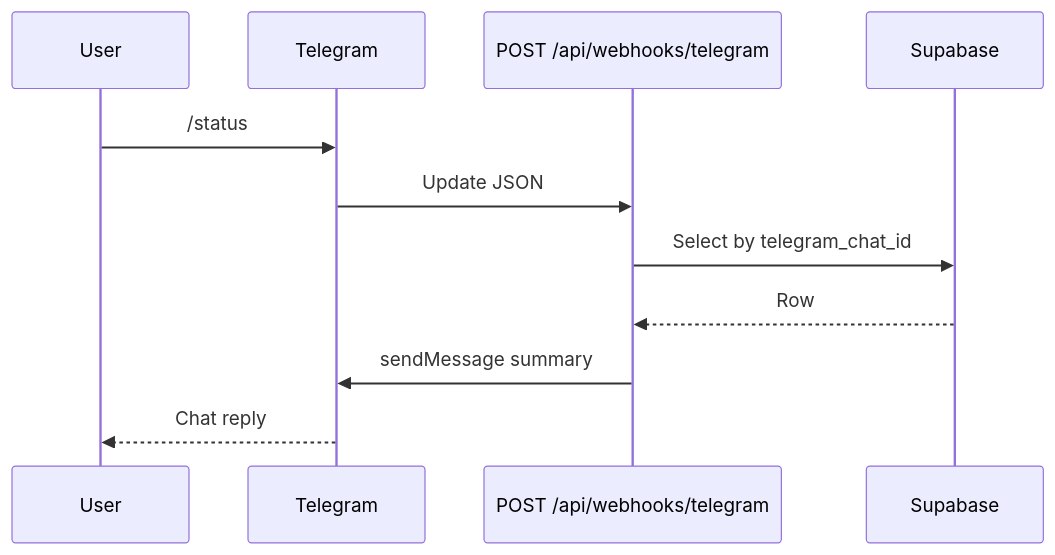
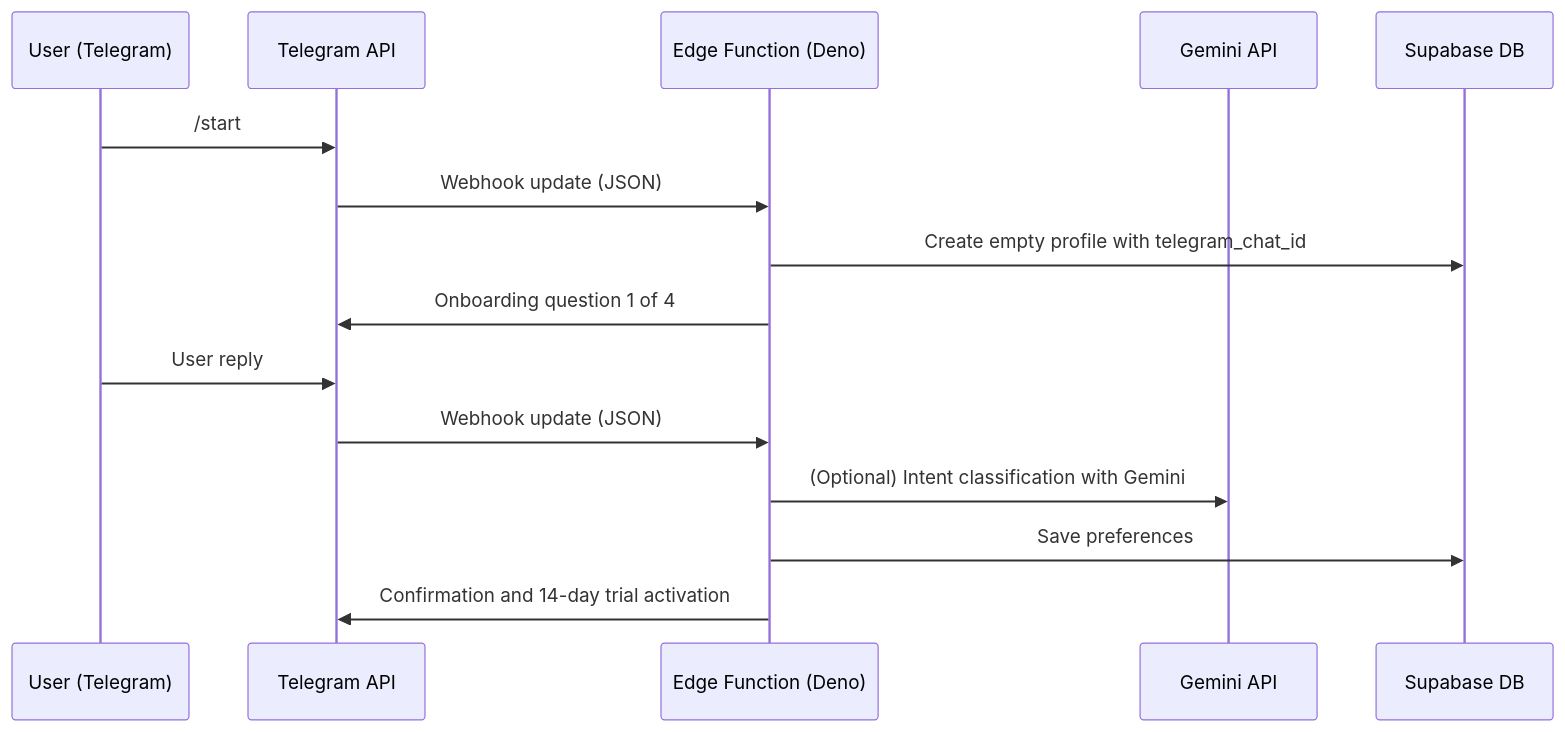
Before and after one commit to heartmade-studio/messenger-native-saas: the diagram in ARCHITECTURE.md, drawn with Mermaid. The commit also changed other lines of this file and 5 other files, not shown here.

````diff
--- a/ARCHITECTURE.md
+++ b/ARCHITECTURE.md
@@ -49,14 +20,18 @@
 ```mermaid
 sequenceDiagram
-  participant U as User
-  participant T as Telegram
-  participant H as POST /api/webhooks/telegram
-  participant DB as Supabase
+  participant U as User (Telegram)
+  participant T as Telegram API
+  participant EF as Edge Function (Deno)
+  participant AI as Gemini API
+  participant DB as Supabase DB
 
-  U->>T: /status
-  T->>H: Update JSON
-  H->>DB: Select by telegram_chat_id
-  DB-->>H: Row
-  H->>T: sendMessage summary
-  T-->>U: Chat reply
+  U->>T: /start
+  T->>EF: Webhook update (JSON)
+  EF->>DB: Create empty profile with telegram_chat_id
+  EF->>T: Onboarding question 1 of 4
+  U->>T: User reply
+  T->>EF: Webhook update (JSON)
+  EF->>AI: (Optional) Intent classification with Gemini
+  EF->>DB: Save preferences
+  EF->>T: Confirmation and 14-day trial activation
 ```
````
